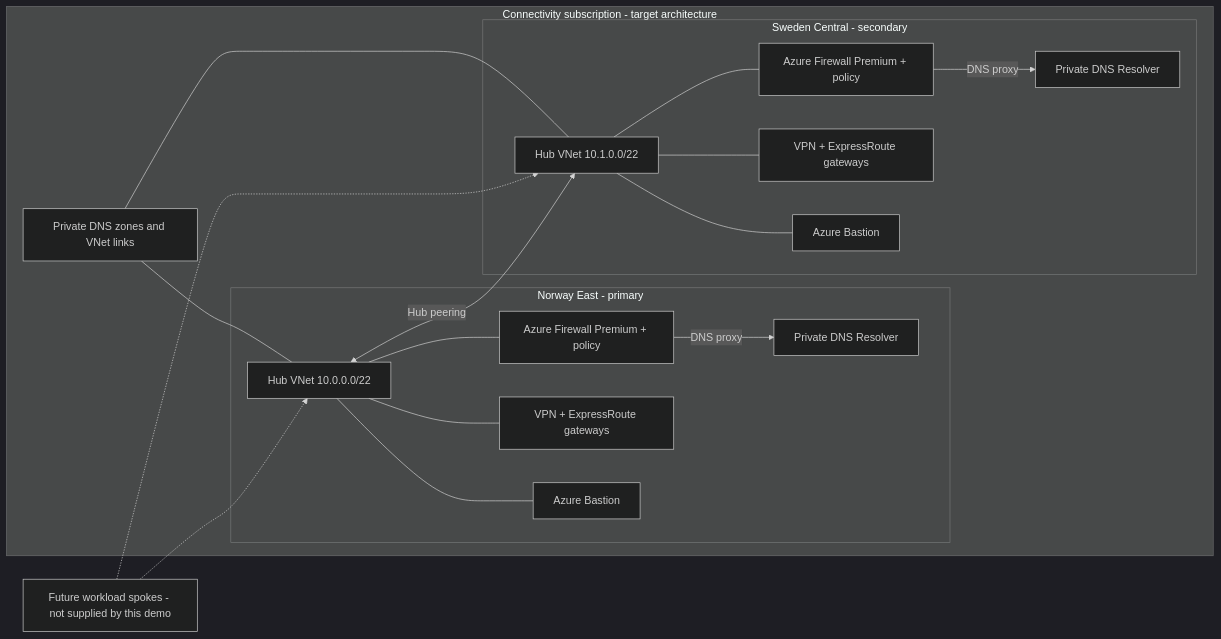
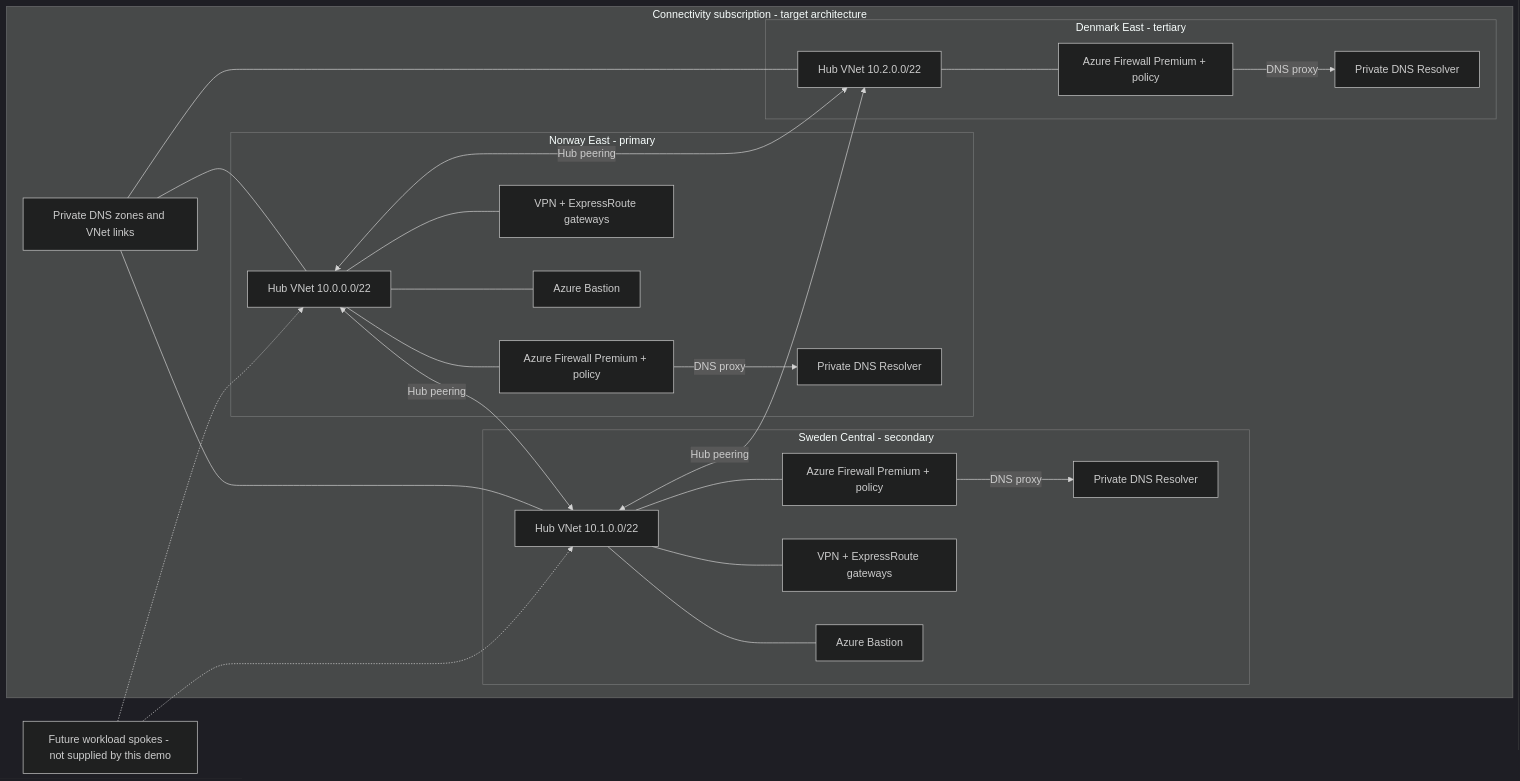
The second of 2 diagrams in README.md (janegilring-demo/contoso-prod), drawn with Mermaid (dark theme) before and after one commit. The commit also changed other lines of this file, not shown here.

First line of the commit message:
docs: record Denmark deployment and operational caveats [skip ci]

````diff
--- a/README.md
+++ b/README.md
@@ -103,22 +111,29 @@
 ```mermaid
 flowchart LR
   subgraph connectivity["Connectivity subscription - target architecture"]
     subgraph norway["Norway East - primary"]
       hubno["Hub VNet 10.0.0.0/22"] --- fwno["Azure Firewall Premium + policy"]
       hubno --- gwno["VPN + ExpressRoute gateways"]
       hubno --- basno["Azure Bastion"]
       fwno -->|"DNS proxy"| dnsno["Private DNS Resolver"]
     end
     subgraph sweden["Sweden Central - secondary"]
       hubse["Hub VNet 10.1.0.0/22"] --- fwse["Azure Firewall Premium + policy"]
       hubse --- gwse["VPN + ExpressRoute gateways"]
       hubse --- basse["Azure Bastion"]
       fwse -->|"DNS proxy"| dnsse["Private DNS Resolver"]
     end
+    subgraph denmark["Denmark East - tertiary"]
+      hubdk["Hub VNet 10.2.0.0/22"] --- fwdk["Azure Firewall Premium + policy"]
+      fwdk -->|"DNS proxy"| dnsdk["Private DNS Resolver"]
+    end
     hubno <-->|"Hub peering"| hubse
+    hubno <-->|"Hub peering"| hubdk
+    hubse <-->|"Hub peering"| hubdk
     zones["Private DNS zones and VNet links"] --- hubno
     zones --- hubse
+    zones --- hubdk
   end
   spokefuture["Future workload spokes - not supplied by this demo"] -.-> hubno
   spokefuture -.-> hubse
 ```
````
